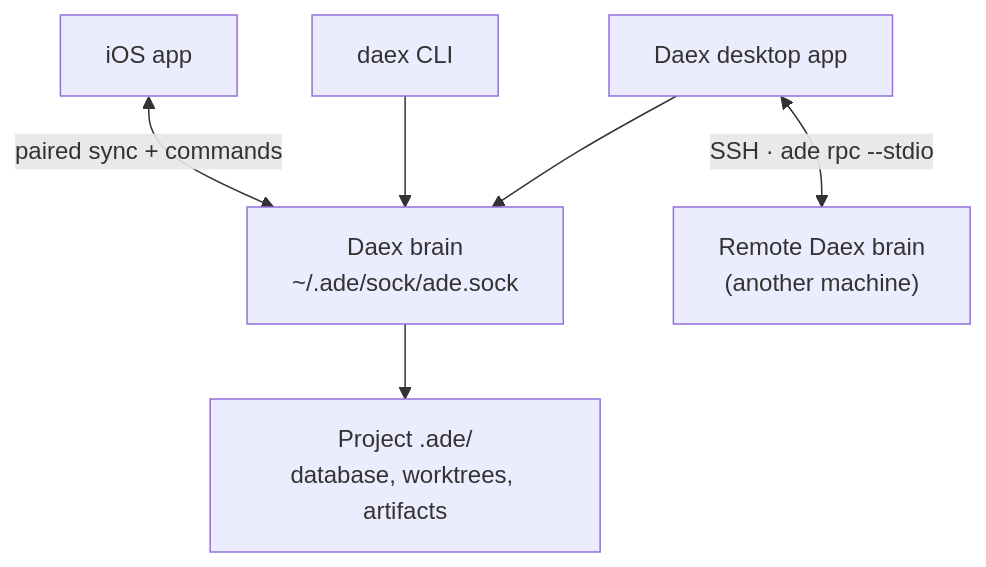
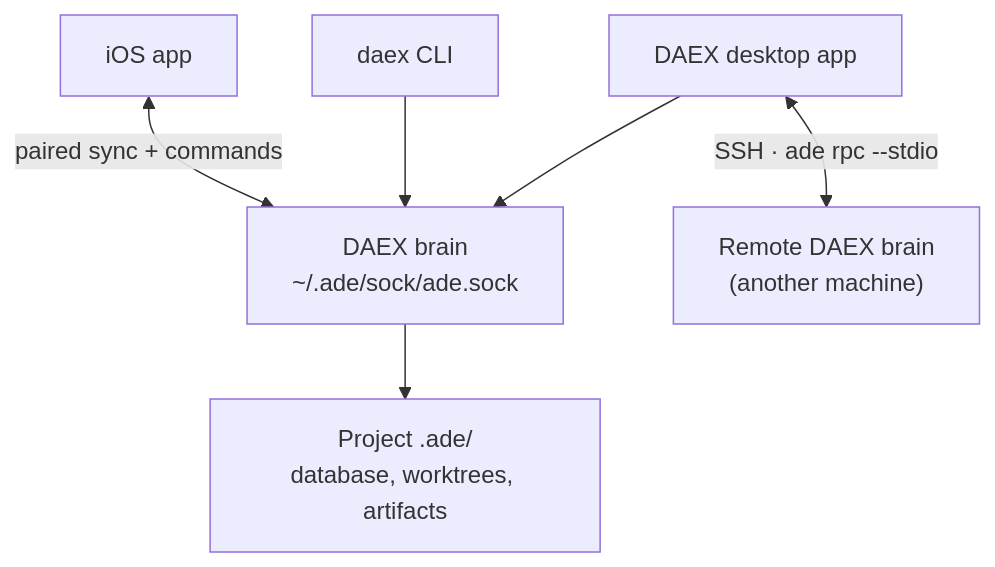
Before and after one commit to arul28/ADE: the diagram in architecture.mdx, drawn with Mermaid. The commit also changed other lines of this file and 87 other files, not shown here.

````diff
--- a/architecture.mdx
+++ b/architecture.mdx
@@ -11,15 +11,15 @@
 ```mermaid
 flowchart TB
-  Desktop["Daex desktop app"]
+  Desktop["DAEX desktop app"]
   CLI["daex CLI"]
   IOS["iOS app"]
-  Brain["Daex brain<br/>~/.ade/sock/ade.sock"]
+  Brain["DAEX brain<br/>~/.ade/sock/ade.sock"]
   Project["Project .ade/<br/>database, worktrees, artifacts"]
-  Remote["Remote Daex brain<br/>(another machine)"]
+  Remote["Remote DAEX brain<br/>(another machine)"]
 
   Desktop --> Brain
   CLI --> Brain
   IOS <-->|"paired sync + commands"| Brain
   Brain --> Project
   Desktop <-->|"SSH · ade rpc --stdio"| Remote
 ```
````
